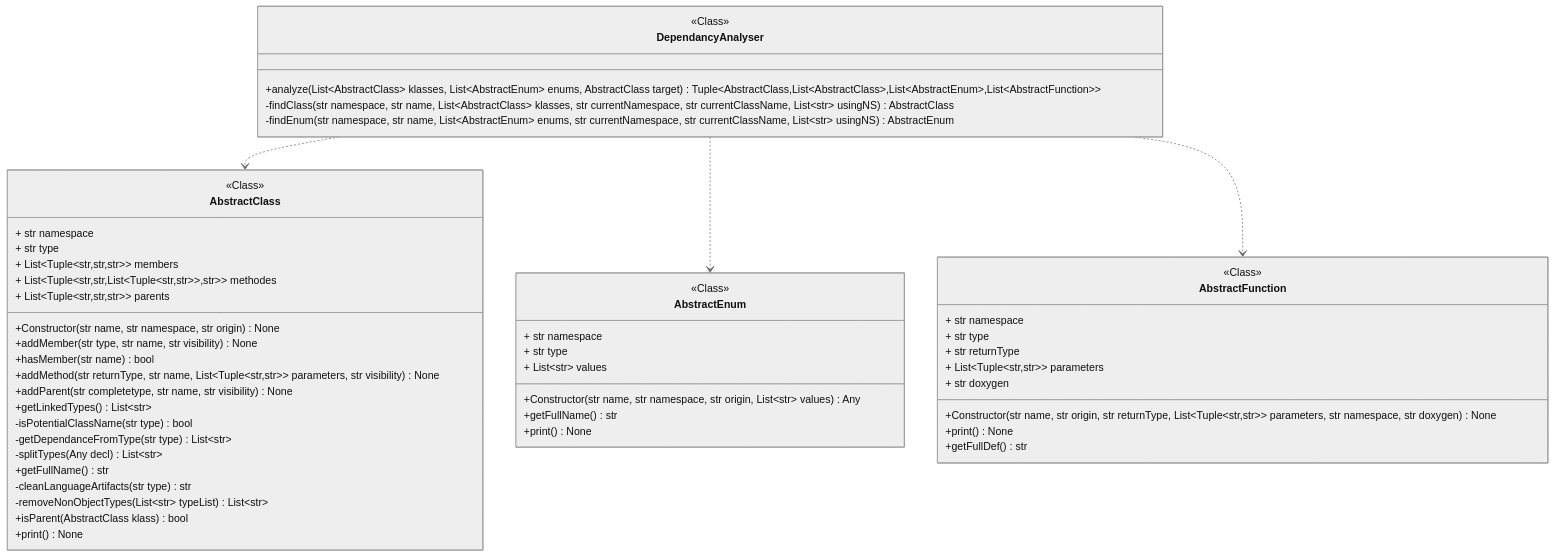
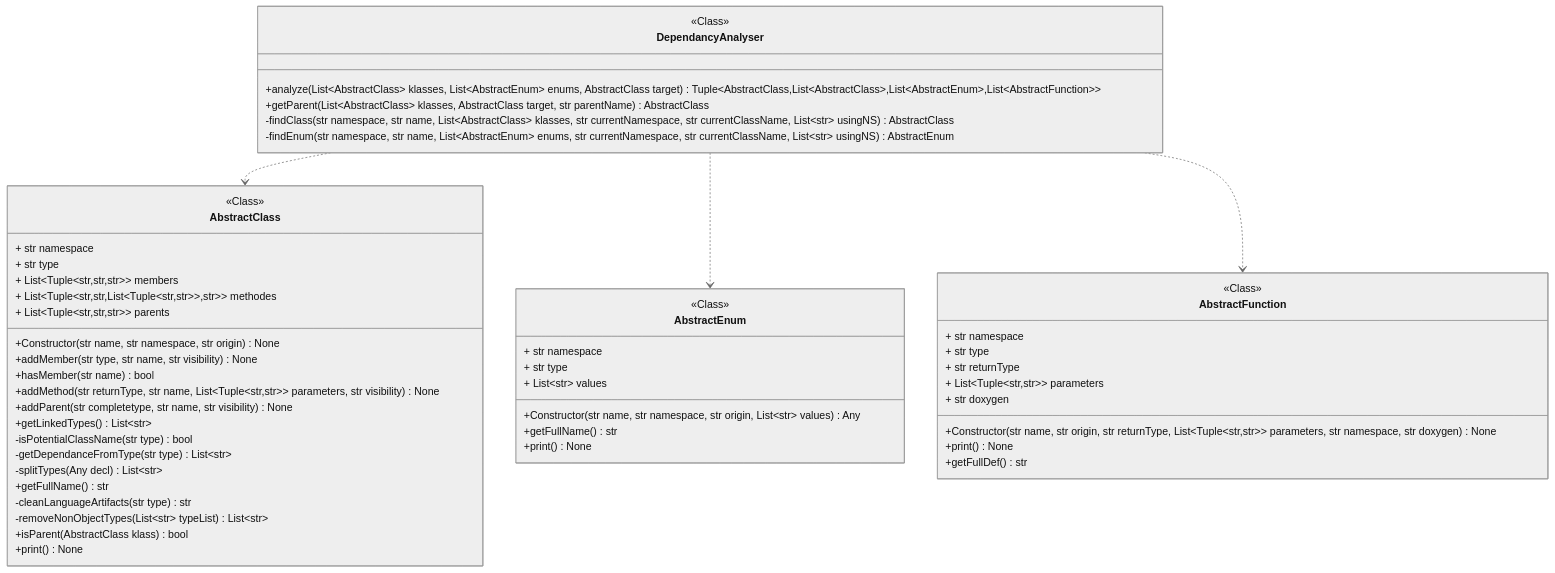
The diagram in docs/source/code/diagrams/pycodeanalyzer_core_analyzer_dependancy_DependancyAnalyser.mmd (miong/pycodeanalyzer), drawn with Mermaid (neutral theme) before and after one commit. The commit also changed 5 other files, not shown here.

Commit message:
Handle better class parent list

```diff
--- a/docs/source/code/diagrams/pycodeanalyzer_core_analyzer_dependancy_DependancyAnalyser.mmd
+++ b/docs/source/code/diagrams/pycodeanalyzer_core_analyzer_dependancy_DependancyAnalyser.mmd
@@ -1,55 +1,56 @@
 classDiagram
 class DependancyAnalyser {
 <<Class>>
 +analyze(List~AbstractClass~ klasses, List~AbstractEnum~ enums, AbstractClass target) Tuple&lt;AbstractClass,List&lt;AbstractClass&gt;,List&lt;AbstractEnum&gt;,List&lt;AbstractFunction&gt;&gt;
++getParent(List~AbstractClass~ klasses, AbstractClass target, str parentName) AbstractClass
 -findClass(str namespace, str name, List~AbstractClass~ klasses, str currentNamespace, str currentClassName, List~str~ usingNS) AbstractClass
 -findEnum(str namespace, str name, List~AbstractEnum~ enums, str currentNamespace, str currentClassName, List~str~ usingNS) AbstractEnum
 }
 class AbstractClass {
 <<Class>>
 + str namespace
 + str type
 + List&lt;Tuple&lt;str,str,str&gt;&gt; members
 + List&lt;Tuple&lt;str,str,List&lt;Tuple&lt;str,str&gt;&gt;,str&gt;&gt; methodes
 + List&lt;Tuple&lt;str,str,str&gt;&gt; parents
 +Constructor(str name, str namespace, str origin) None
 +addMember(str type, str name, str visibility) None
 +hasMember(str name) bool
 +addMethod(str returnType, str name, List&lt;Tuple&lt;str,str&gt;&gt; parameters, str visibility) None
 +addParent(str completetype, str name, str visibility) None
 +getLinkedTypes() List~str~
 -isPotentialClassName(str type) bool
 -getDependanceFromType(str type) List~str~
 -splitTypes(Any decl) List~str~
 +getFullName() str
 -cleanLanguageArtifacts(str type) str
 -removeNonObjectTypes(List~str~ typeList) List~str~
 +isParent(AbstractClass klass) bool
 +print() None
 }
 link AbstractClass "class££pycodeanalyzer::core::abstraction::objects::AbstractClass"
 class AbstractEnum {
 <<Class>>
 + str namespace
 + str type
 + List~str~ values
 +Constructor(str name, str namespace, str origin, List~str~ values) Any
 +getFullName() str
 +print() None
 }
 link AbstractEnum "class££pycodeanalyzer::core::abstraction::objects::AbstractEnum"
 class AbstractFunction {
 <<Class>>
 + str namespace
 + str type
 + str returnType
 + List&lt;Tuple&lt;str,str&gt;&gt; parameters
 + str doxygen
 +Constructor(str name, str origin, str returnType, List&lt;Tuple&lt;str,str&gt;&gt; parameters, str namespace, str doxygen) None
 +print() None
 +getFullDef() str
 }
 link AbstractFunction "class££pycodeanalyzer::core::abstraction::objects::AbstractFunction"
 DependancyAnalyser ..> AbstractClass
 DependancyAnalyser ..> AbstractEnum
 DependancyAnalyser ..> AbstractFunction
```
